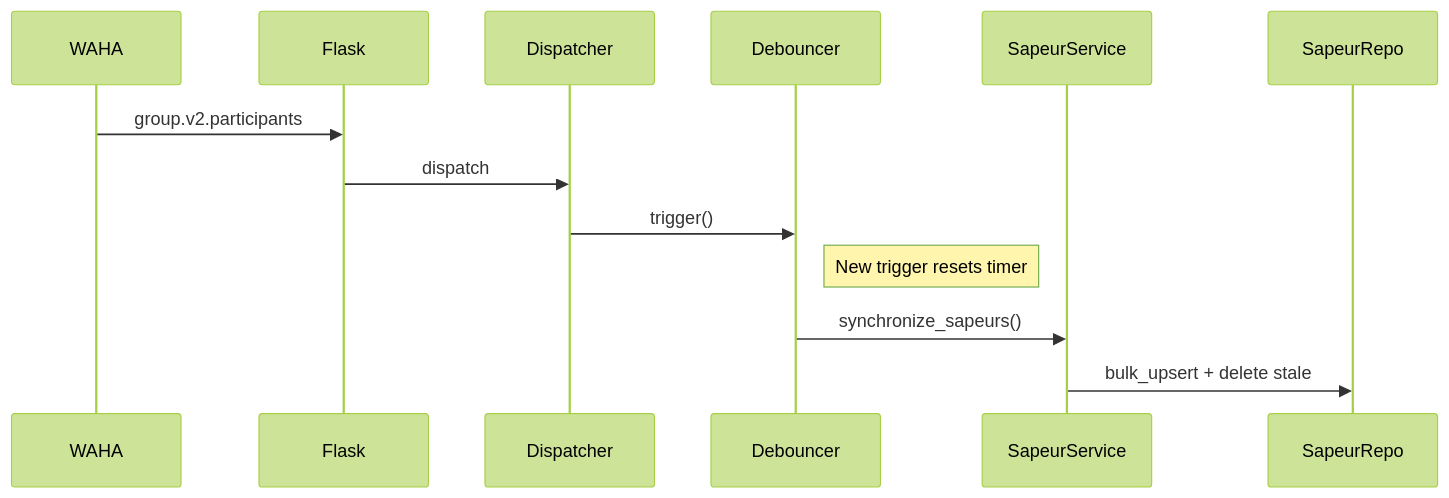
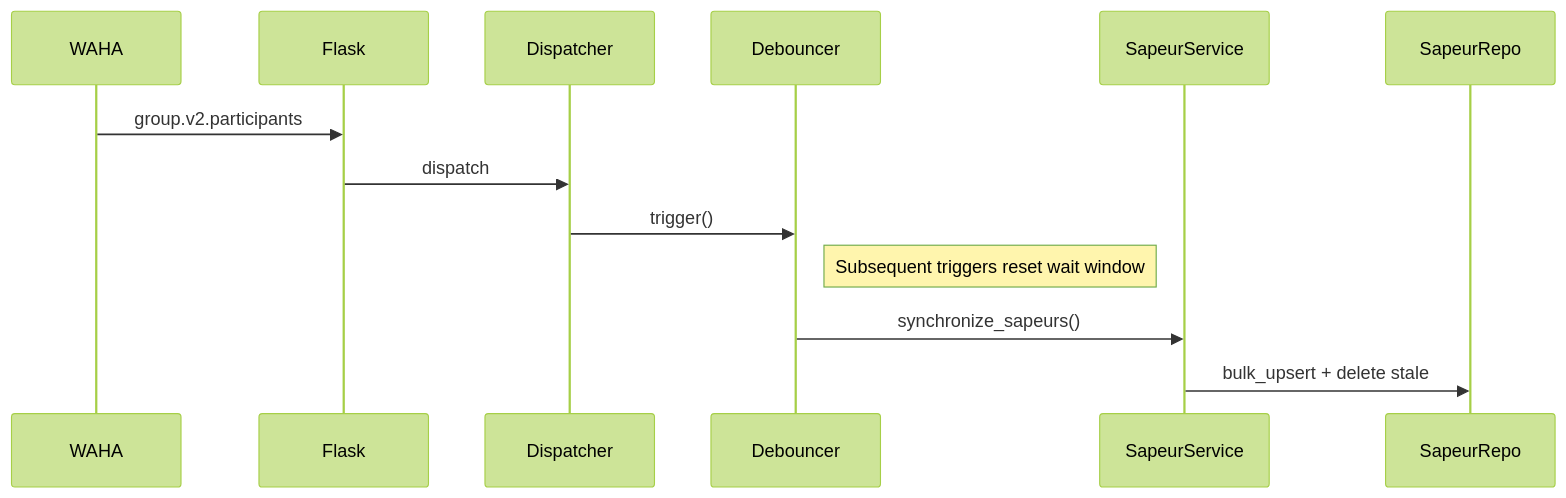
The third of 3 diagrams in README.md (Gardebot/Gardebot), drawn with Mermaid (forest theme) before and after one commit. The commit also changed other lines of this file, not shown here.

````diff
--- a/README.md
+++ b/README.md
@@ -55,9 +56,9 @@
 ```mermaid
 sequenceDiagram
     WAHA->>Flask: group.v2.participants
     Flask->>Dispatcher: dispatch
     Dispatcher->>Debouncer: trigger()
-    Note right of Debouncer: New trigger resets timer
+    Note right of Debouncer: Subsequent triggers reset wait window
     Debouncer->>SapeurService: synchronize_sapeurs()
     SapeurService->>SapeurRepo: bulk_upsert + delete stale
 ```
````
